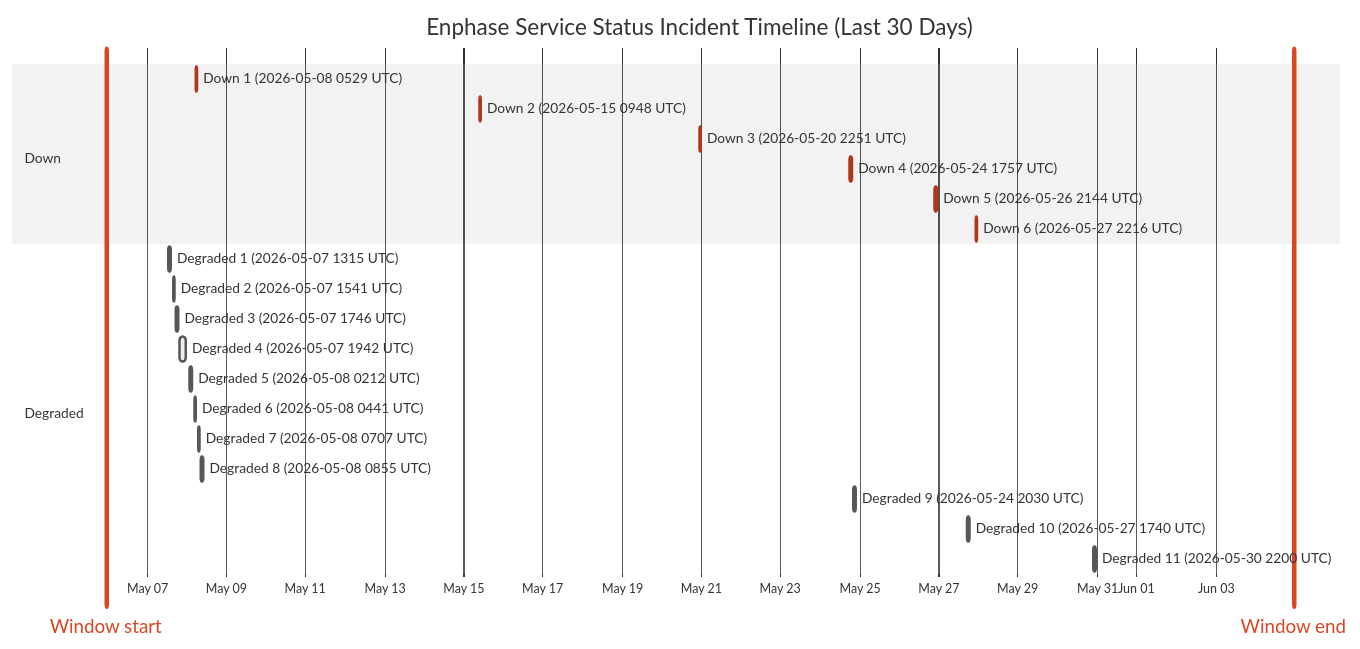
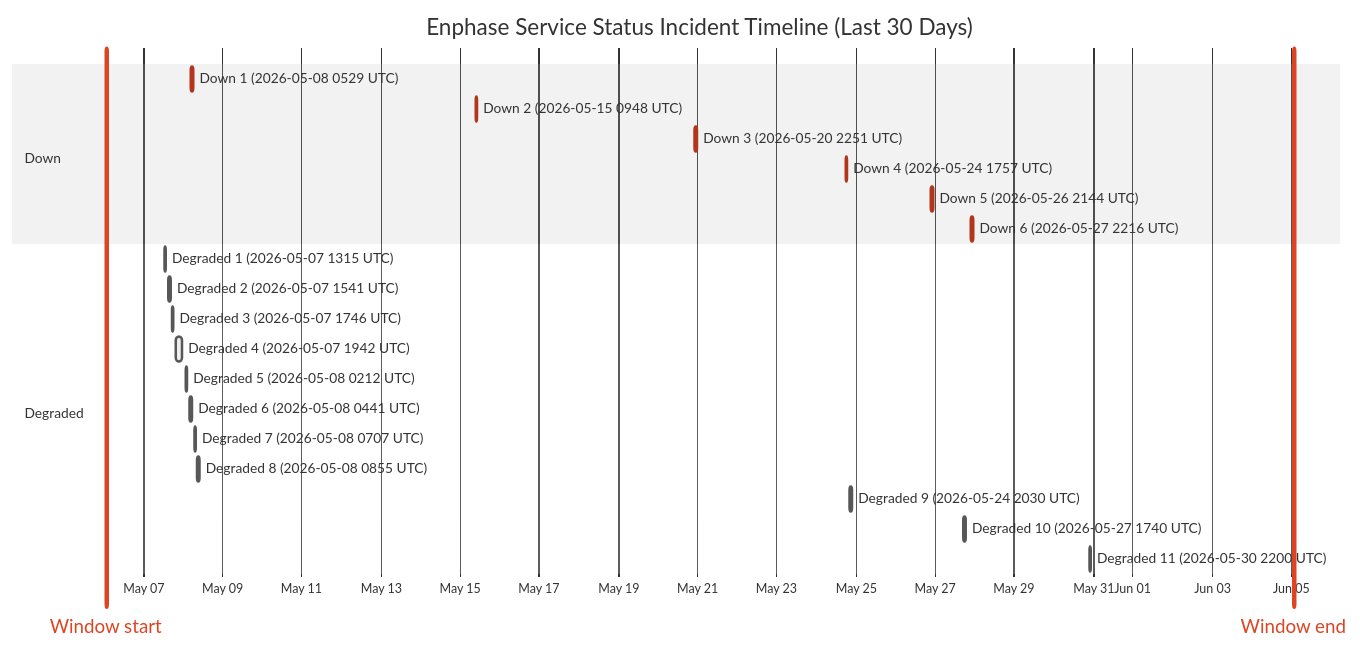
Before and after one commit to barneyonline/ha-enphase-energy: the diagram in wiki/Service-Status-History.md, drawn with Mermaid (neutral theme). The commit also changed other lines of this file and 3 other files, not shown here.

````diff
--- a/wiki/Service-Status-History.md
+++ b/wiki/Service-Status-History.md
@@ -14,27 +14,27 @@
 ```mermaid
 gantt
     title Enphase Service Status Incident Timeline (Last 30 Days)
     dateFormat  YYYY-MM-DDTHH:mm:ss
     axisFormat  %b %d
-    Window start :vert, window-start, 2026-05-05T23:07:34, 0ms
-    Window end :vert, window-end, 2026-06-04T23:07:34, 0ms
+    Window start :vert, window-start, 2026-05-06T01:36:12, 0ms
+    Window end :vert, window-end, 2026-06-05T01:36:12, 0ms
     section Down
     Down 1 (2026-05-08 0529 UTC) :crit, down-1, 2026-05-08T05:29:47, 60m
     Down 2 (2026-05-15 0948 UTC) :crit, down-2, 2026-05-15T09:48:18, 60m
     Down 3 (2026-05-20 2251 UTC) :crit, down-3, 2026-05-20T22:51:14, 75m
     Down 4 (2026-05-24 1757 UTC) :crit, down-4, 2026-05-24T17:57:41, 86m
     Down 5 (2026-05-26 2144 UTC) :crit, down-5, 2026-05-26T21:44:11, 85m
     Down 6 (2026-05-27 2216 UTC) :crit, down-6, 2026-05-27T22:16:53, 87m
     section Degraded
     Degraded 1 (2026-05-07 1315 UTC) :active, degraded-1, 2026-05-07T13:15:25, 60m
     Degraded 2 (2026-05-07 1541 UTC) :active, degraded-2, 2026-05-07T15:41:58, 60m
     Degraded 3 (2026-05-07 1746 UTC) :active, degraded-3, 2026-05-07T17:46:51, 60m
     Degraded 4 (2026-05-07 1942 UTC) :active, degraded-4, 2026-05-07T19:42:10, 249m
     Degraded 5 (2026-05-08 0212 UTC) :active, degraded-5, 2026-05-08T02:12:39, 60m
     Degraded 6 (2026-05-08 0441 UTC) :active, degraded-6, 2026-05-08T04:41:46, 60m
     Degraded 7 (2026-05-08 0707 UTC) :active, degraded-7, 2026-05-08T07:07:30, 60m
     Degraded 8 (2026-05-08 0855 UTC) :active, degraded-8, 2026-05-08T08:55:20, 88m
     Degraded 9 (2026-05-24 2030 UTC) :active, degraded-9, 2026-05-24T20:30:57, 84m
     Degraded 10 (2026-05-27 1740 UTC) :active, degraded-10, 2026-05-27T17:40:52, 60m
     Degraded 11 (2026-05-30 2200 UTC) :active, degraded-11, 2026-05-30T22:00:37, 60m
 ```
````
